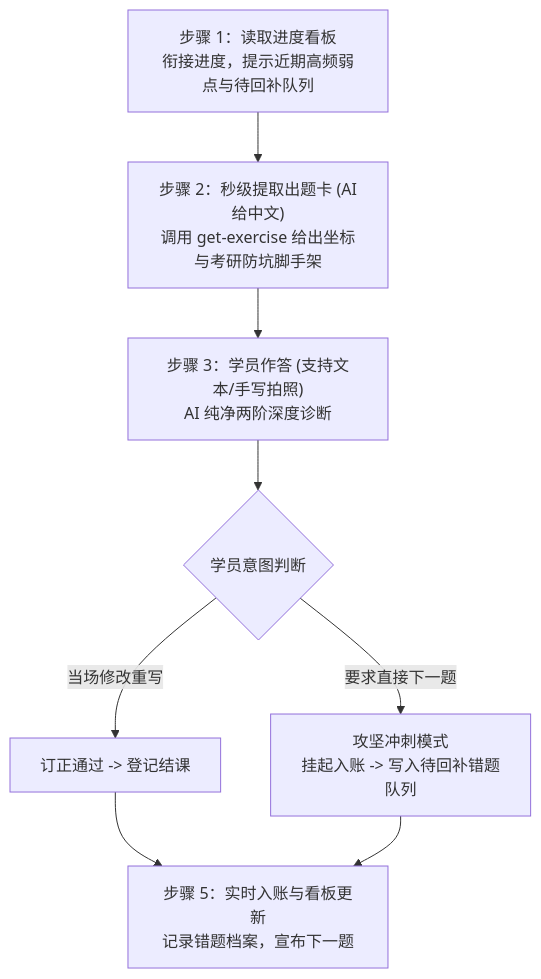
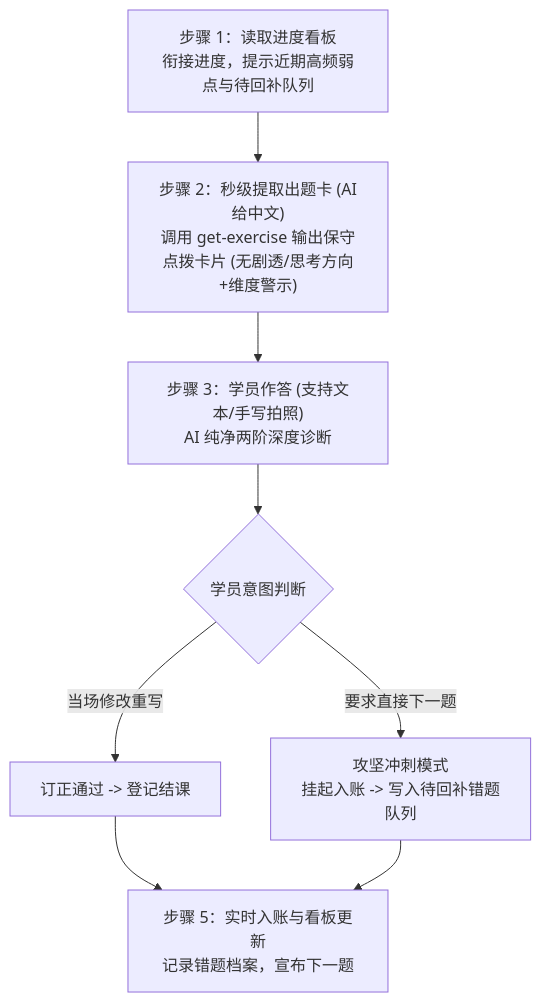
Before and after one commit to Fuchen-Xiaoxing/kaoyan-asset-consolidator: the diagram in README.md, drawn with Mermaid. The commit also changed other lines of this file and 7 other files, not shown here.

````diff
--- a/README.md
+++ b/README.md
@@ -37,10 +37,10 @@
 ```mermaid
 flowchart TD
-    Step1["步骤 1：读取进度看板\n衔接进度，提示近期高频弱点与待回补队列"] --> Step2["步骤 2：秒级提取出题卡 (AI给中文)\n调用 get-exercise 给出坐标与考研防坑脚手架"]
+    Step1["步骤 1：读取进度看板\n衔接进度，提示近期高频弱点与待回补队列"] --> Step2["步骤 2：秒级提取出题卡 (AI给中文)\n调用 get-exercise 输出保守点拨卡片 (无剧透/思考方向+维度警示)"]
     Step2 --> Step3["步骤 3：学员作答 (支持文本/手写拍照)\nAI 纯净两阶深度诊断"]
     Step3 --> Step4{"学员意图判断"}
     Step4 -- 当场修改重写 --> Step5["订正通过 -> 登记结课"]
     Step4 -- 要求直接下一题 --> Step6["攻坚冲刺模式\n挂起入账 -> 写入待回补错题队列"]
     Step5 --> Step7["步骤 5：实时入账与看板更新\n记录错题档案，宣布下一题"]
     Step6 --> Step7
 ```
````
